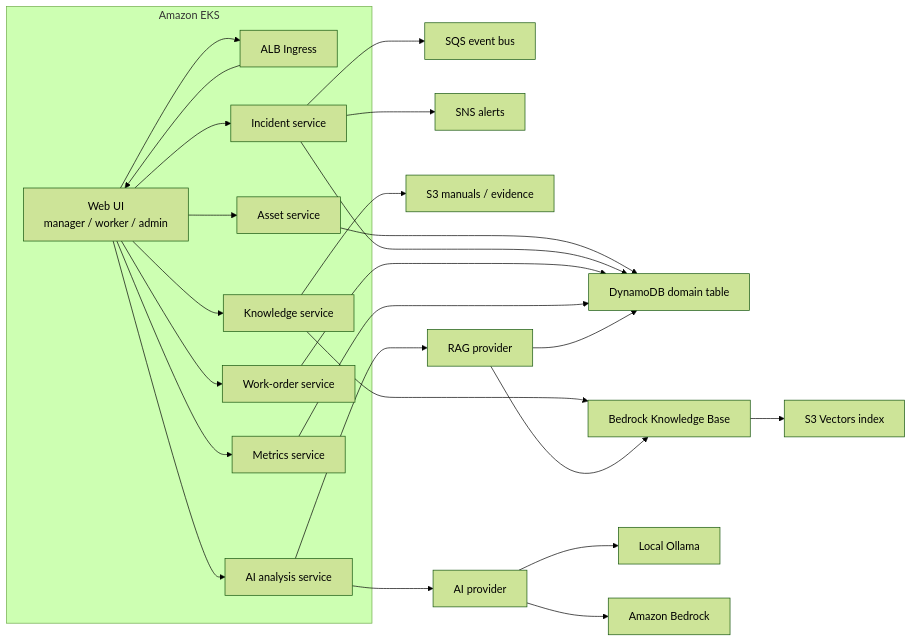
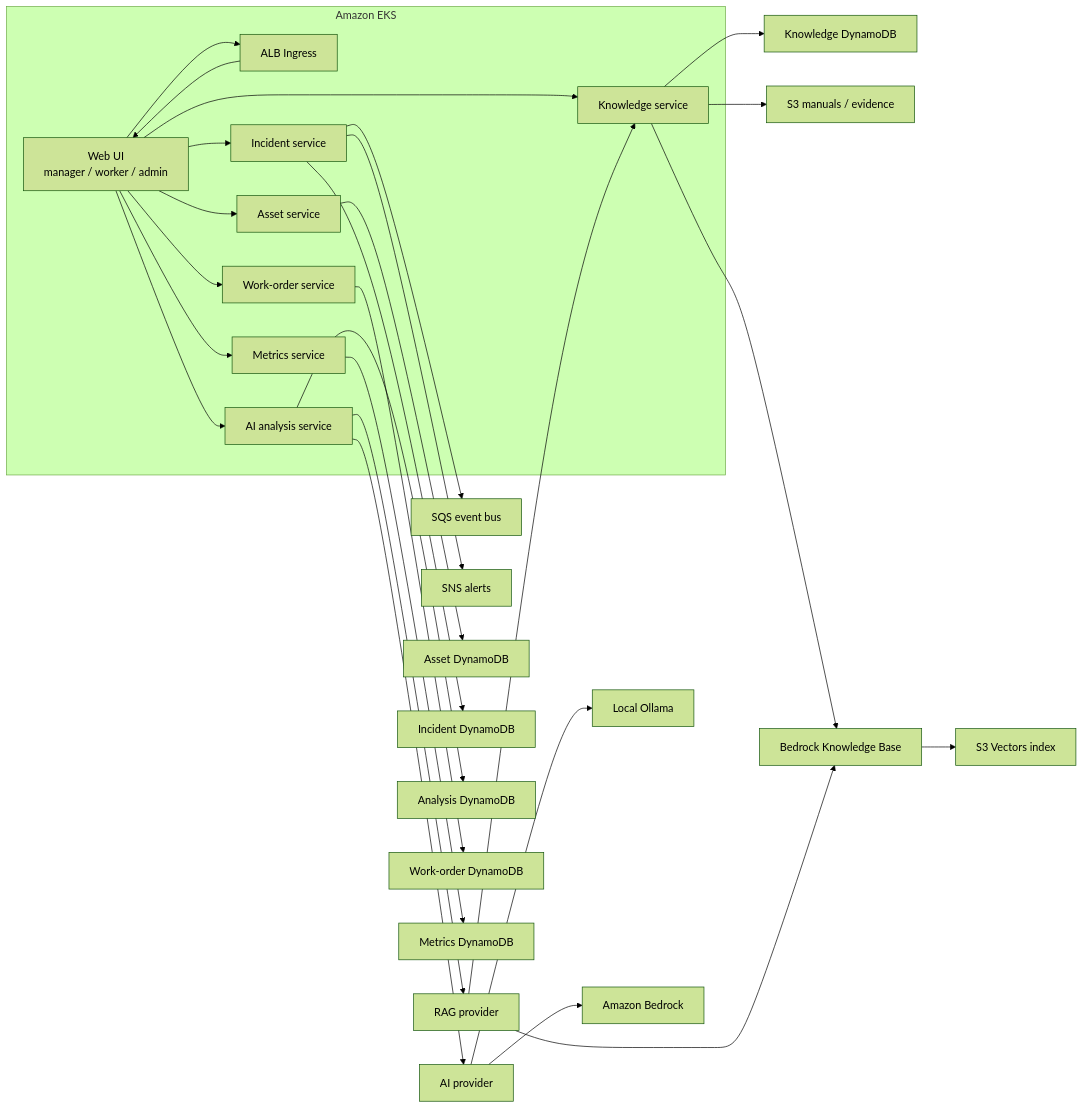
One commit to choiseongjun/AX-sentinel changed the first of 2 diagrams in docs/architecture.md. Above: the diagram before and after it, drawn with Mermaid (forest theme). The commit also changed other lines of this file and 23 other files, not shown here.

````diff
--- a/docs/architecture.md
+++ b/docs/architecture.md
@@ -21,39 +21,41 @@
 ```mermaid
 flowchart LR
     UI["Web UI<br/>manager / worker / admin"] --> ALB["ALB Ingress"]
     ALB --> UI
     UI --> AS["Asset service"]
     UI --> IS["Incident service"]
     UI --> AI["AI analysis service"]
     UI --> KS["Knowledge service"]
     UI --> WO["Work-order service"]
     UI --> MS["Metrics service"]
 
     IS --> Q["SQS event bus"]
     IS --> N["SNS alerts"]
-    AS --> DB["DynamoDB domain table"]
-    IS --> DB
-    WO --> DB
-    MS --> DB
+    AS --> ADB["Asset DynamoDB"]
+    IS --> IDB["Incident DynamoDB"]
+    AI --> ANDB["Analysis DynamoDB"]
+    KS --> KDB["Knowledge DynamoDB"]
+    WO --> WDB["Work-order DynamoDB"]
+    MS --> MDB["Metrics DynamoDB"]
 
     KS --> S3["S3 manuals / evidence"]
     KS --> KB["Bedrock Knowledge Base"]
     KB --> VS["S3 Vectors index"]
     AI --> RAG["RAG provider"]
-    RAG --> DB
+    RAG --> KS
     RAG --> KB
     AI --> LLM["AI provider"]
     LLM --> OL["Local Ollama"]
     LLM --> BR["Amazon Bedrock"]
 
     subgraph EKS["Amazon EKS"]
         ALB
         AS
         IS
         AI
         KS
         WO
         MS
         UI
     end
 ```
````
